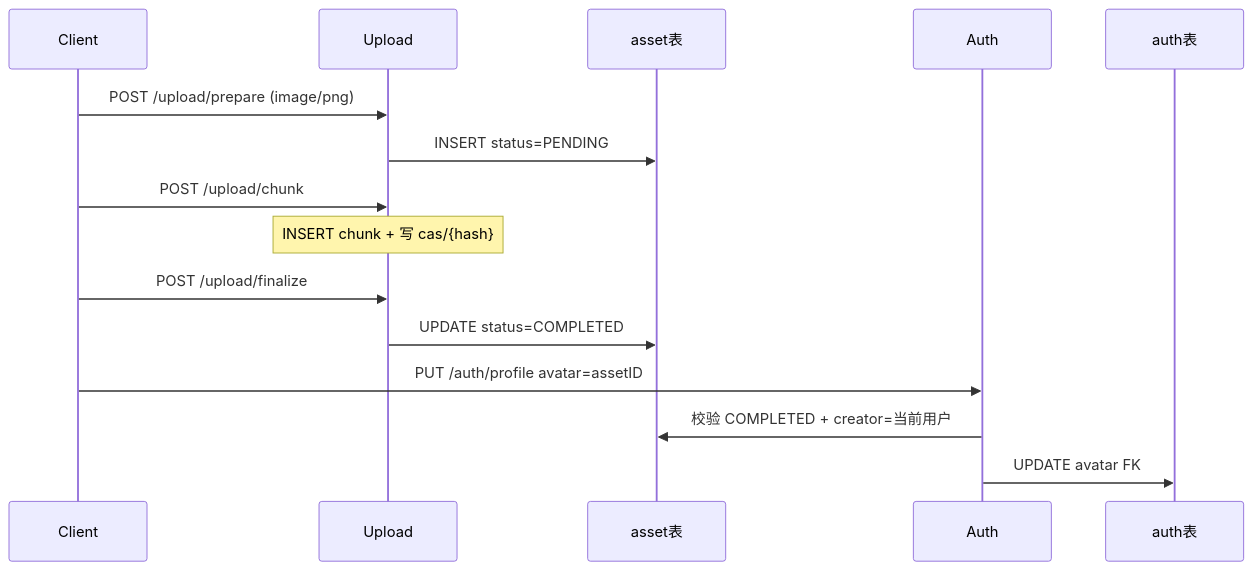
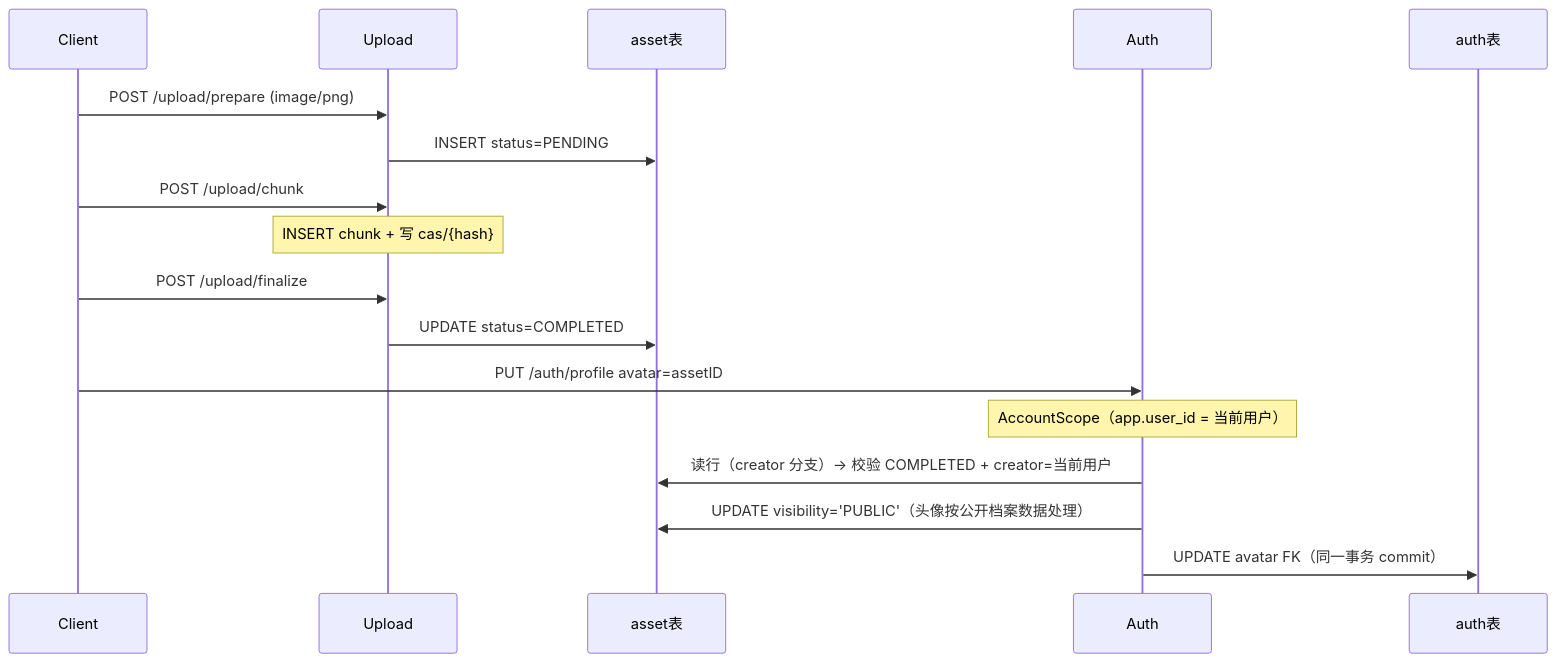
The second of 2 diagrams in apps/core/guide/database.md (layenbrank/i-thinking), drawn with Mermaid before and after one commit. The commit also changed other lines of this file and 21 other files, not shown here.

````diff
--- a/apps/core/guide/database.md
+++ b/apps/core/guide/database.md
@@ -370,18 +396,20 @@
 ```mermaid
 sequenceDiagram
   participant Client
   participant Upload
   participant Asset as asset表
   participant Auth
   participant AuthTbl as auth表
 
   Client->>Upload: POST /upload/prepare (image/png)
   Upload->>Asset: INSERT status=PENDING
   Client->>Upload: POST /upload/chunk
   Note over Upload: INSERT chunk + 写 cas/{hash}
   Client->>Upload: POST /upload/finalize
   Upload->>Asset: UPDATE status=COMPLETED
   Client->>Auth: PUT /auth/profile avatar=assetID
-  Auth->>Asset: 校验 COMPLETED + creator=当前用户
-  Auth->>AuthTbl: UPDATE avatar FK
+  Note over Auth: AccountScope（app.user_id = 当前用户）
+  Auth->>Asset: 读行（creator 分支）→ 校验 COMPLETED + creator=当前用户
+  Auth->>Asset: UPDATE visibility='PUBLIC'（头像按公开档案数据处理）
+  Auth->>AuthTbl: UPDATE avatar FK（同一事务 commit）
 ```
````
